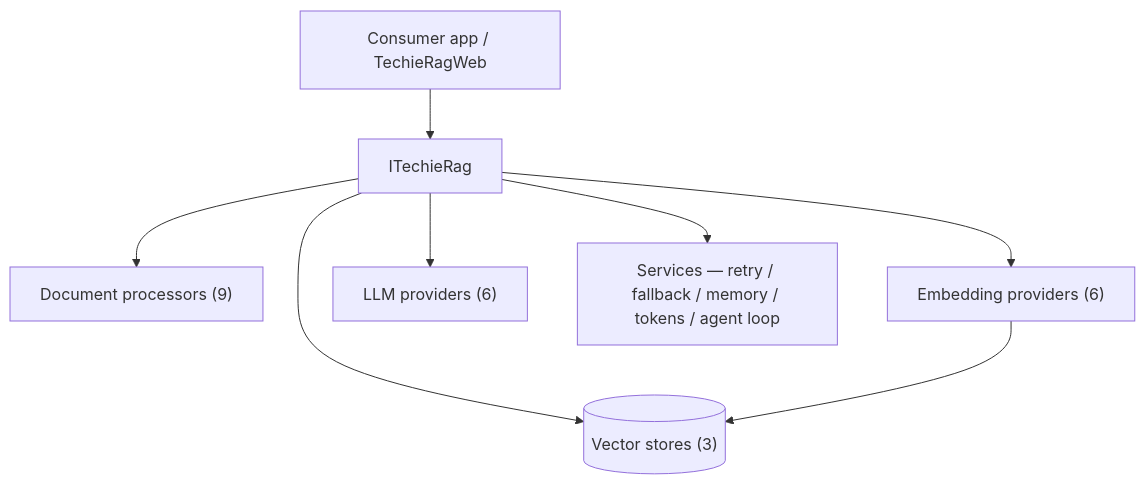
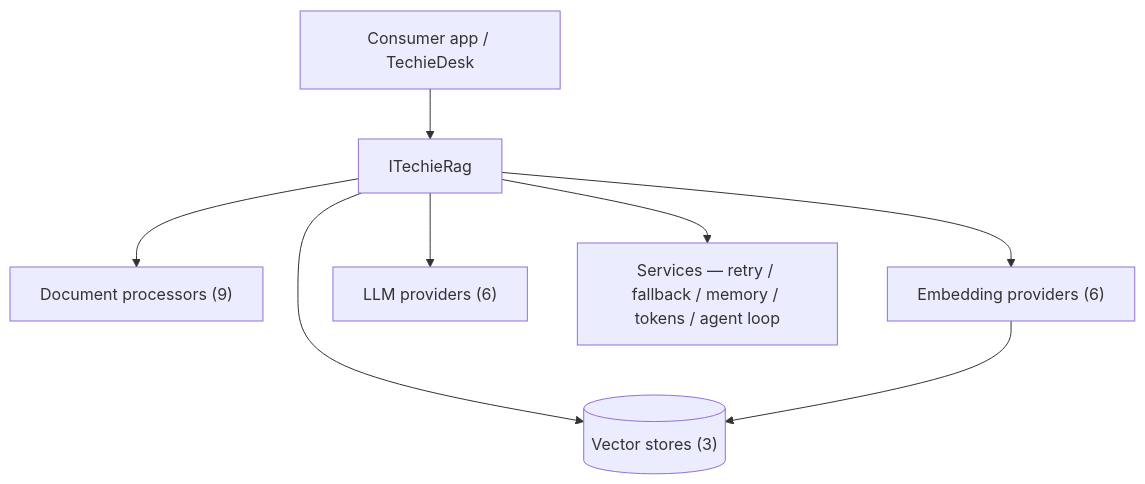
Before and after one commit to techierathore/TechieRag: the third of 8 diagrams in docs/TechieRag-BRD.md, drawn with Mermaid. The commit also changed other lines of this file and 314 other files, not shown here.

````diff
--- a/docs/TechieRag-BRD.md
+++ b/docs/TechieRag-BRD.md
@@ -152,10 +157,10 @@
 ```mermaid
 flowchart TB
-  App["Consumer app / TechieRagWeb"] --> ITR["ITechieRag"]
+  App["Consumer app / TechieDesk"] --> ITR["ITechieRag"]
   ITR --> Proc["Document processors (9)"]
   ITR --> Emb["Embedding providers (6)"]
   ITR --> Vec[("Vector stores (3)")]
   ITR --> Llm["LLM providers (6)"]
   ITR --> Svc["Services — retry / fallback / memory / tokens / agent loop"]
   Emb --> Vec
 ```
````
